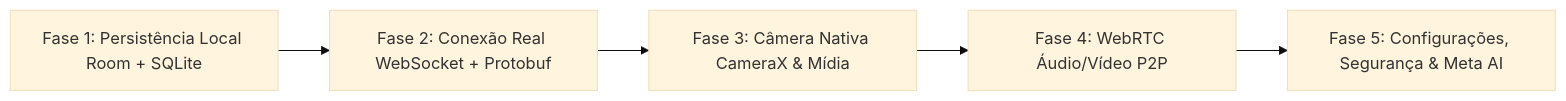
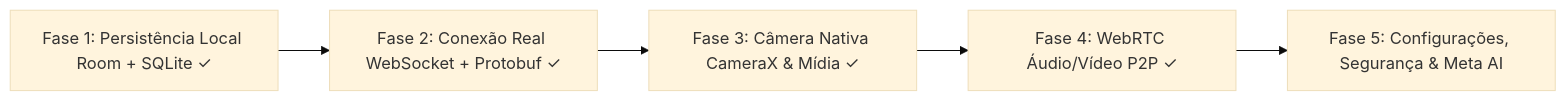
The diagram in RELATORIO_FUNCIONALIDADES_WHATSAPP_COMPLETO.md (emersonnjsantos/Mechat_frontend_clone), drawn with Mermaid (base theme) before and after one commit. The commit also changed other lines of this file and 8 other files, not shown here.

Commit message:
feat(camera-webrtc): implement Phase 3 (CameraX photo/video capture) and Phase 4 (WebRTC P2P VoIP calling & VoiceCallingService)

````diff
--- a/RELATORIO_FUNCIONALIDADES_WHATSAPP_COMPLETO.md
+++ b/RELATORIO_FUNCIONALIDADES_WHATSAPP_COMPLETO.md
@@ -526,7 +527,7 @@
 ```mermaid
 graph LR
-    Fase1[Fase 1: Persistência Local Room + SQLite] --> Fase2[Fase 2: Conexão Real WebSocket + Protobuf]
-    Fase2 --> Fase3[Fase 3: Câmera Nativa CameraX & Mídia]
-    Fase3 --> Fase4[Fase 4: WebRTC Áudio/Vídeo P2P]
+    Fase1[Fase 1: Persistência Local Room + SQLite ✓] --> Fase2[Fase 2: Conexão Real WebSocket + Protobuf ✓]
+    Fase2 --> Fase3[Fase 3: Câmera Nativa CameraX & Mídia ✓]
+    Fase3 --> Fase4[Fase 4: WebRTC Áudio/Vídeo P2P ✓]
     Fase4 --> Fase5[Fase 5: Configurações, Segurança & Meta AI]
 ```
````
